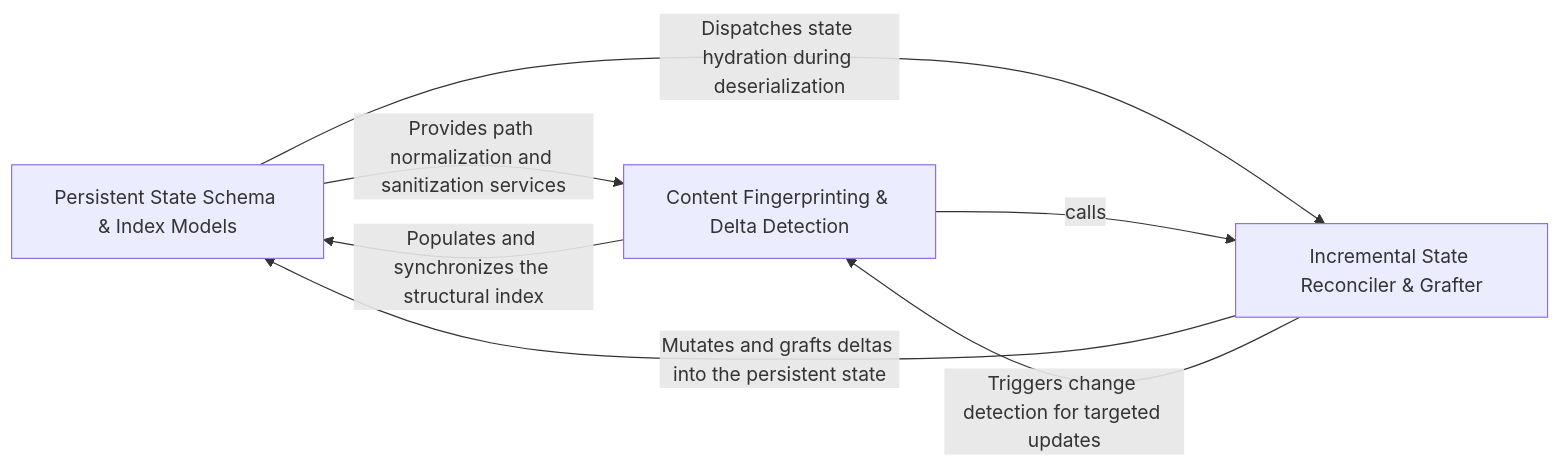
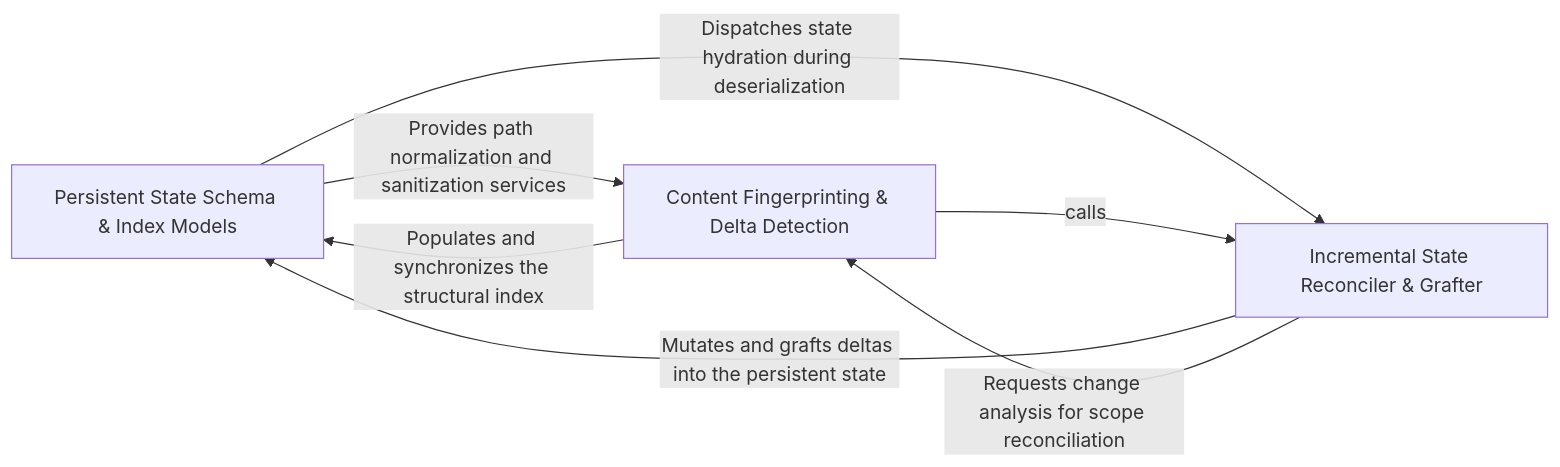
One commit to CodeBoarding/CodeBoarding changed the diagram in .codeboarding/Incremental_State_Content_Fingerprinting.md. Above: the diagram before and after it, drawn with Mermaid. The commit also changed other lines of this file and 22 other files, not shown here.

Commit message:
chore(codeboarding): sync architecture baseline

````diff
--- a/.codeboarding/Incremental_State_Content_Fingerprinting.md
+++ b/.codeboarding/Incremental_State_Content_Fingerprinting.md
@@ -1,12 +1,12 @@
 ```mermaid
 graph LR
     Persistent_State_Schema_Index_Models["Persistent State Schema & Index Models"]
     Content_Fingerprinting_Delta_Detection["Content Fingerprinting & Delta Detection"]
     Incremental_State_Reconciler_Grafter["Incremental State Reconciler & Grafter"]
     Persistent_State_Schema_Index_Models -- "Provides path normalization and sanitization services" --> Content_Fingerprinting_Delta_Detection
     Persistent_State_Schema_Index_Models -- "Dispatches state hydration during deserialization" --> Incremental_State_Reconciler_Grafter
     Content_Fingerprinting_Delta_Detection -- "Populates and synchronizes the structural index" --> Persistent_State_Schema_Index_Models
     Content_Fingerprinting_Delta_Detection -- "calls" --> Incremental_State_Reconciler_Grafter
     Incremental_State_Reconciler_Grafter -- "Mutates and grafts deltas into the persistent state" --> Persistent_State_Schema_Index_Models
-    Incremental_State_Reconciler_Grafter -- "Triggers change detection for targeted updates" --> Content_Fingerprinting_Delta_Detection
+    Incremental_State_Reconciler_Grafter -- "Requests change analysis for scope reconciliation" --> Content_Fingerprinting_Delta_Detection
 ```
````
